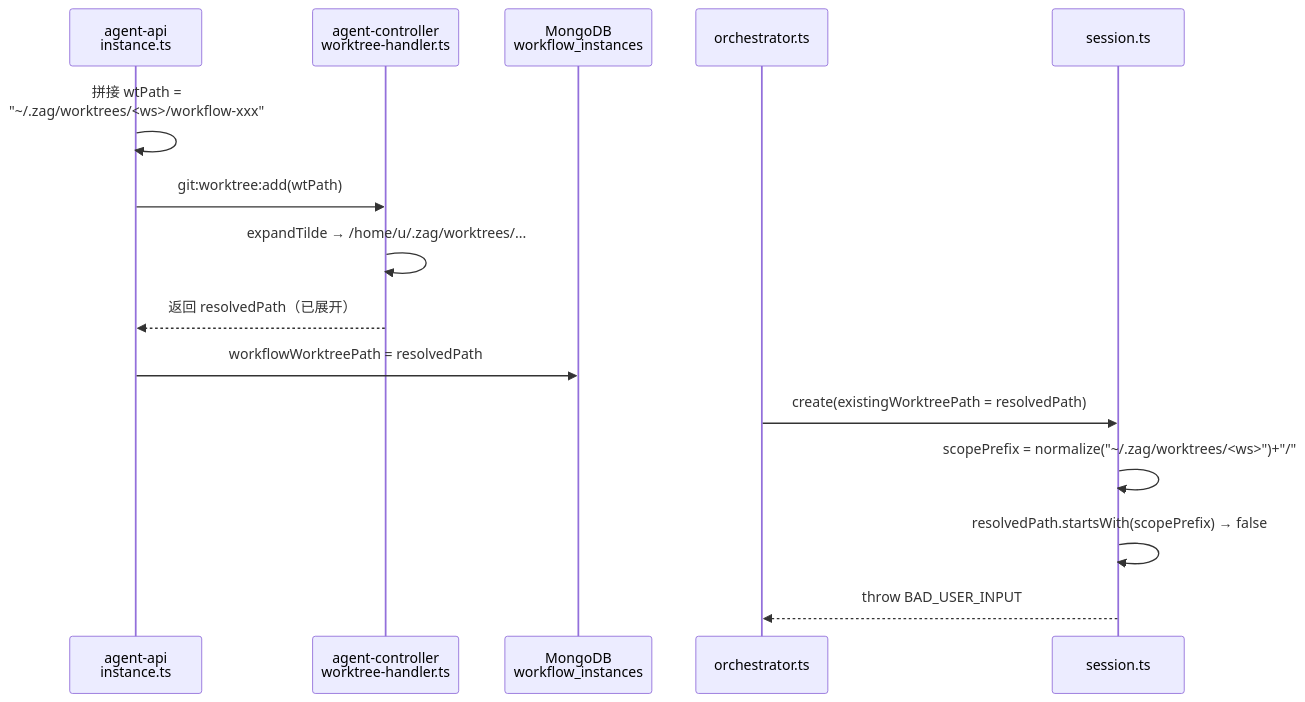
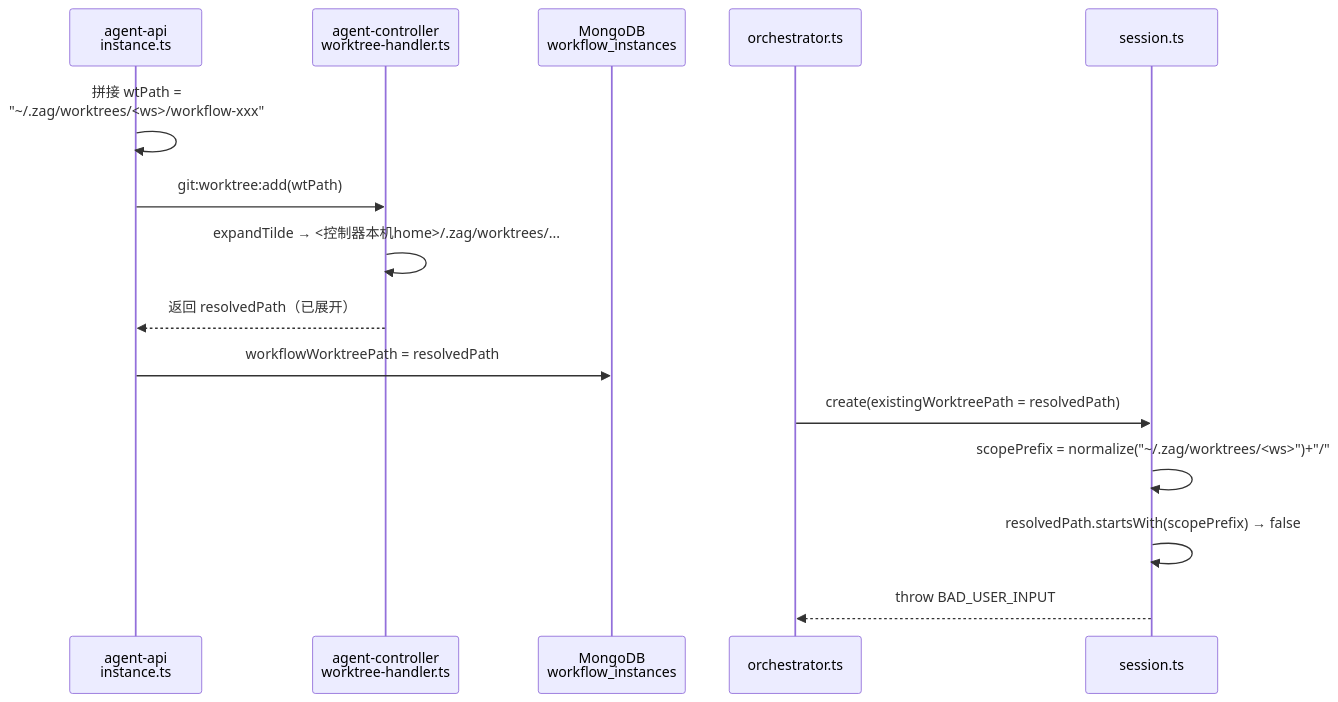
Before and after one commit to Deliay/z-agent-gear: the first of 3 diagrams in docs/engineering/proposals/20260829-fix-workflow-worktree-session-start.md, drawn with Mermaid. The commit also changed other lines of this file and 1 other file, not shown here.

Commit message:
docs(prd): 返工修订 - ~ 展开改为控制器 register 上报 homeDir/platform，弃用服务端 os.homedir() 方案

````diff
--- a/docs/engineering/proposals/20260829-fix-workflow-worktree-session-start.md
+++ b/docs/engineering/proposals/20260829-fix-workflow-worktree-session-start.md
@@ -31,18 +31,18 @@
 ```mermaid
 sequenceDiagram
     participant API as agent-api<br/>instance.ts
     participant CTL as agent-controller<br/>worktree-handler.ts
     participant DB as MongoDB<br/>workflow_instances
     participant ORC as orchestrator.ts
     participant SS as session.ts
 
     API->>API: 拼接 wtPath =<br/>"~/.zag/worktrees/<ws>/workflow-xxx"
     API->>CTL: git:worktree:add(wtPath)
-    CTL->>CTL: expandTilde → /home/u/.zag/worktrees/...
+    CTL->>CTL: expandTilde → <控制器本机home>/.zag/worktrees/...
     CTL-->>API: 返回 resolvedPath（已展开）
     API->>DB: workflowWorktreePath = resolvedPath
     ORC->>SS: create(existingWorktreePath = resolvedPath)
     SS->>SS: scopePrefix = normalize("~/.zag/worktrees/<ws>")+"/"
     SS->>SS: resolvedPath.startsWith(scopePrefix) → false
     SS-->>ORC: throw BAD_USER_INPUT
 ```
````
